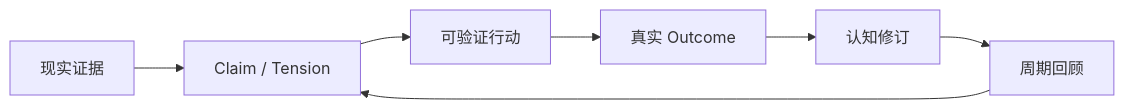
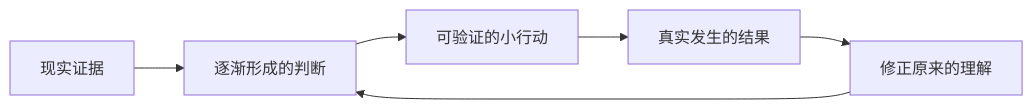
Before and after one commit to baizhuo-AI/Latitude: the first of 2 diagrams in README.md, drawn with Mermaid. The commit also changed other lines of this file and 3 other files, not shown here.

````diff
--- a/README.md
+++ b/README.md
@@ -94,9 +54,8 @@
 ```mermaid
 flowchart LR
-  E["现实证据"] --> C["Claim / Tension"]
-  C --> A["可验证行动"]
-  A --> O["真实 Outcome"]
-  O --> R["认知修订"]
-  R --> W["周期回顾"]
-  W --> C
+  E["现实证据"] --> C["逐渐形成的判断"]
+  C --> A["可验证的小行动"]
+  A --> O["真实发生的结果"]
+  O --> R["修正原来的理解"]
+  R --> C
 ```
````
